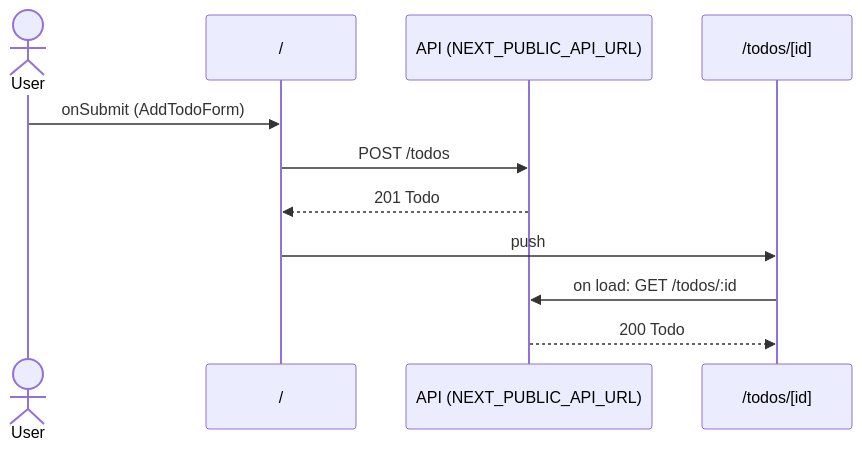
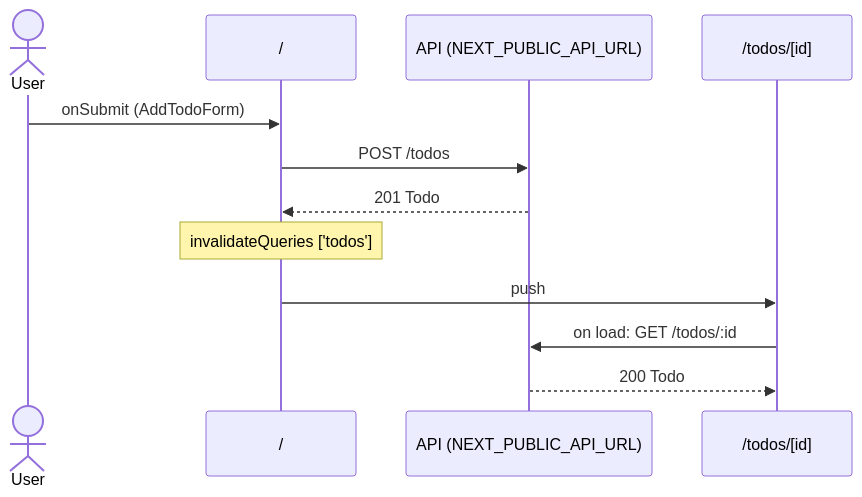
One commit to MinaLouisLeon/flow-checker changed the diagram in packages/exporter/test/golden/react-query/md/flows/addtodoform-submit.md. Above: the diagram before and after it, drawn with Mermaid. The commit also changed other lines of this file and 111 other files, not shown here.

````diff
--- a/packages/exporter/test/golden/react-query/md/flows/addtodoform-submit.md
+++ b/packages/exporter/test/golden/react-query/md/flows/addtodoform-submit.md
@@ -13,13 +13,14 @@
 ```mermaid
 sequenceDiagram
   actor U as User
   participant P0 as /
   participant P1 as API (NEXT_PUBLIC_API_URL)
   participant P2 as /todos/[id]
   U->>P0: onSubmit (AddTodoForm)
   P0->>P1: POST /todos
   P1-->>P0: 201 Todo
+  Note over P0: invalidateQueries ['todos']
   P0->>P2: push
   P2->>P1: on load: GET /todos/:id
   P1-->>P2: 200 Todo
 ```
````
